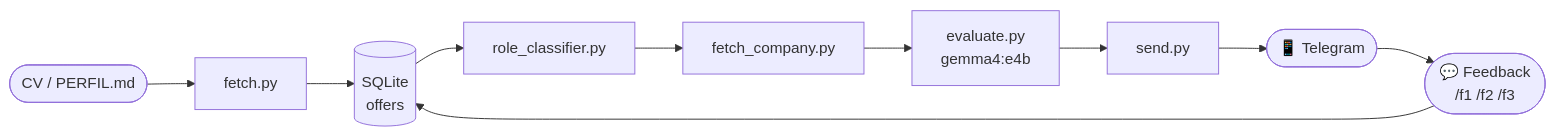
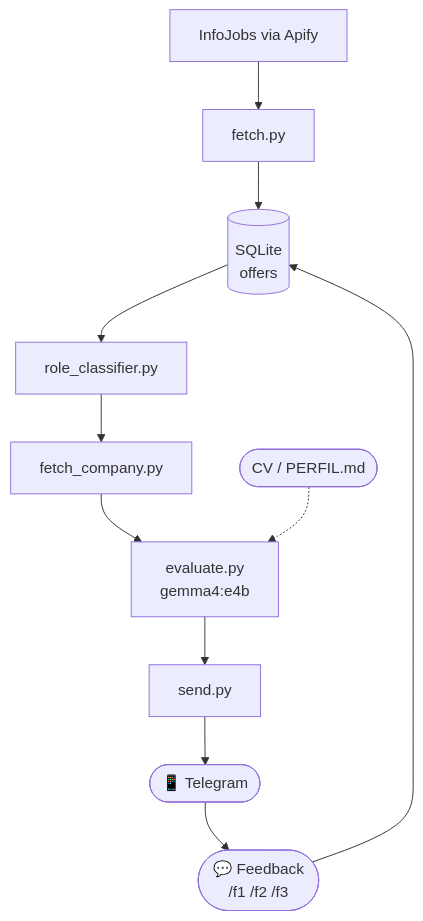
The diagram in README.md (Veidos/job-intelligence-agent), drawn with Mermaid before and after one commit.

Commit message:
docs: fix README diagram — TD vertical, add InfoJobs source, CV as dotted input

````diff
--- a/README.md
+++ b/README.md
@@ -27,12 +27,13 @@
 ```mermaid
-flowchart LR
-    A([CV / PERFIL.md]) --> B[fetch.py]
+flowchart TD
+    A[InfoJobs via Apify] --> B[fetch.py]
     B --> C[(SQLite\noffers)]
     C --> D[role_classifier.py]
     D --> E[fetch_company.py]
     E --> F[evaluate.py\ngemma4:e4b]
     F --> G[send.py]
     G --> H([📱 Telegram])
     H --> I([💬 Feedback\n/f1 /f2 /f3])
     I --> C
+    J([CV / PERFIL.md]) -.-> F
 ```
````
